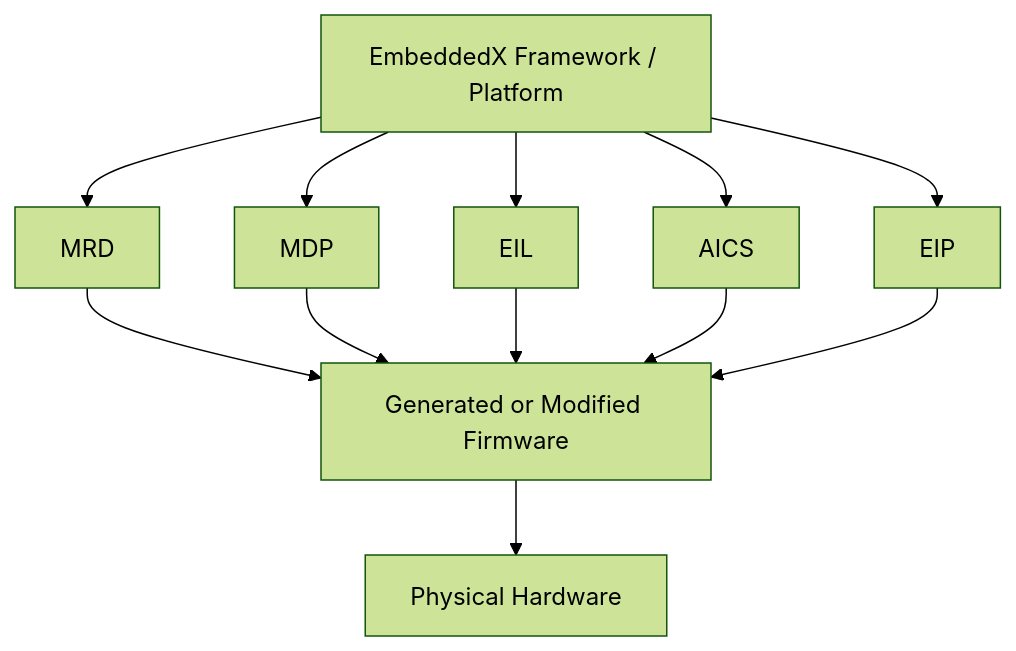
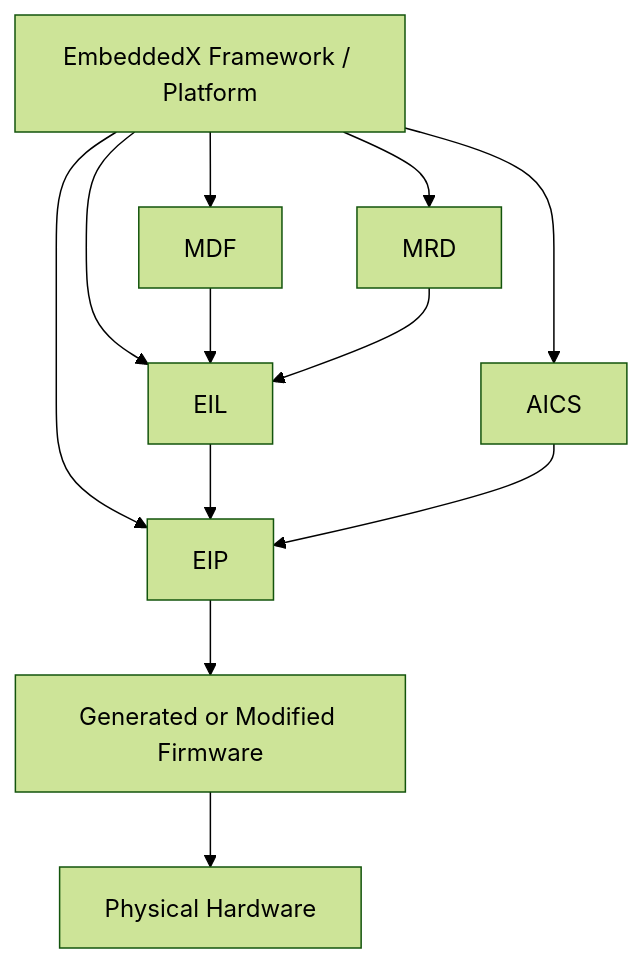
Before and after one commit to telespial/EmbeddedX-Specs: the diagram in assets/architecture-diagram.mmd, drawn with Mermaid (forest theme).

```diff
--- a/assets/architecture-diagram.mmd
+++ b/assets/architecture-diagram.mmd
@@ -1,12 +1,13 @@
 flowchart TD
-    A[EmbeddedX Framework / Platform] --> B[MRD]
-    A --> C[MDP]
+    A[EmbeddedX Framework / Platform] --> B[MDF]
+    A --> C[MRD]
     A --> D[EIL]
     A --> E[AICS]
-    A --> H[EIP]
-    B --> F[Generated or Modified Firmware]
-    C --> F
+    A --> F[EIP]
+
+    B --> D
+    C --> D
     D --> F
     E --> F
-    H --> F
-    F --> G[Physical Hardware]
+    F --> G[Generated or Modified Firmware]
+    G --> H[Physical Hardware]
```
